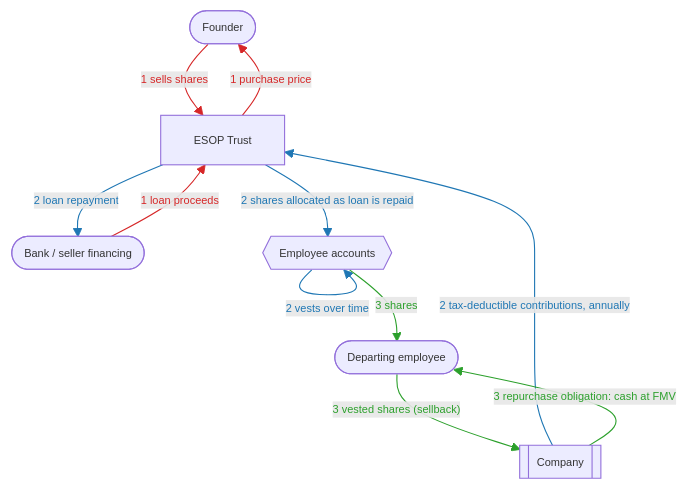
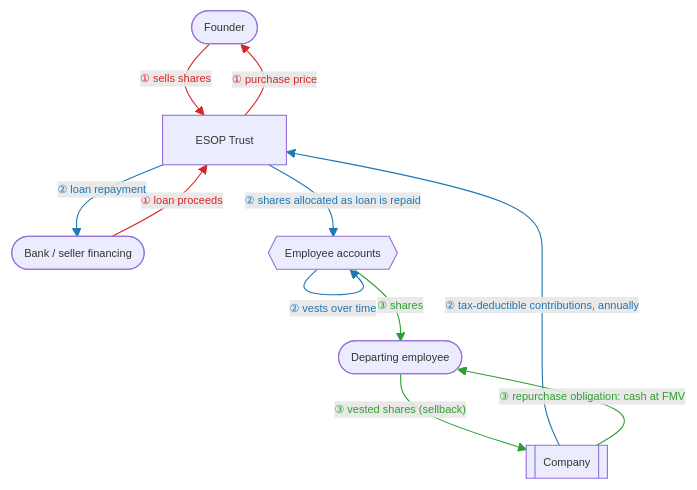
Before and after one commit to doikayt/admin: the third of 5 diagrams in governance/commons-hub-pattern.md, drawn with Mermaid. The commit also changed other lines of this file, not shown here.

First line of the commit message:
docs: color-coded DAI diagram key, entity glossary, circled-digit flow numbers

````diff
--- a/governance/commons-hub-pattern.md
+++ b/governance/commons-hub-pattern.md
@@ -904,24 +904,24 @@
 ```mermaid
 %%{init: {"themeVariables": {"fontSize": "10px"}}}%%
 flowchart TD
     Founder([Founder])
     Lender([Bank / seller financing])
     Trust[ESOP Trust]
     Company[[Company]]
     Employees{{Employee accounts}}
     Departing([Departing employee])
 
-    Founder -- "1 sells shares" --> Trust
-    Lender -- "1 loan proceeds" --> Trust
-    Trust -- "1 purchase price" --> Founder
-    Company -- "2 tax-deductible contributions, annually" --> Trust
-    Trust -- "2 loan repayment" --> Lender
-    Trust -- "2 shares allocated as loan is repaid" --> Employees
-    Employees -- "2 vests over time" --> Employees
-    Employees -- "3 shares" --> Departing
-    Departing -- "3 vested shares (sellback)" --> Company
-    Company -- "3 repurchase obligation: cash at FMV" --> Departing
+    Founder -- "① sells shares" --> Trust
+    Lender -- "① loan proceeds" --> Trust
+    Trust -- "① purchase price" --> Founder
+    Company -- "② tax-deductible contributions, annually" --> Trust
+    Trust -- "② loan repayment" --> Lender
+    Trust -- "② shares allocated as loan is repaid" --> Employees
+    Employees -- "② vests over time" --> Employees
+    Employees -- "③ shares" --> Departing
+    Departing -- "③ vested shares (sellback)" --> Company
+    Company -- "③ repurchase obligation: cash at FMV" --> Departing
     linkStyle 0,1,2 stroke:#d62728,color:#d62728
     linkStyle 3,4,5,6 stroke:#1f77b4,color:#1f77b4
     linkStyle 7,8,9 stroke:#2ca02c,color:#2ca02c
 ```
````
